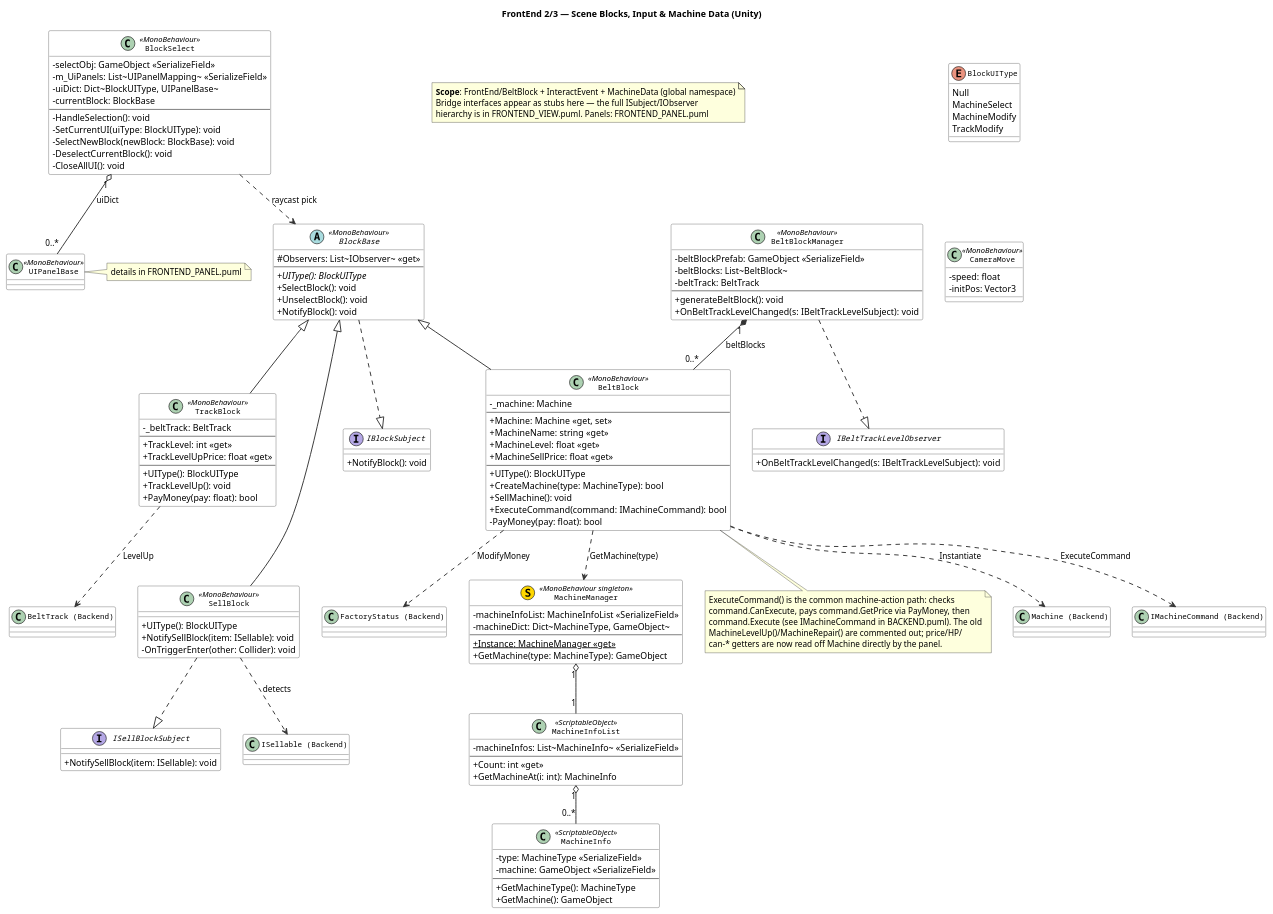
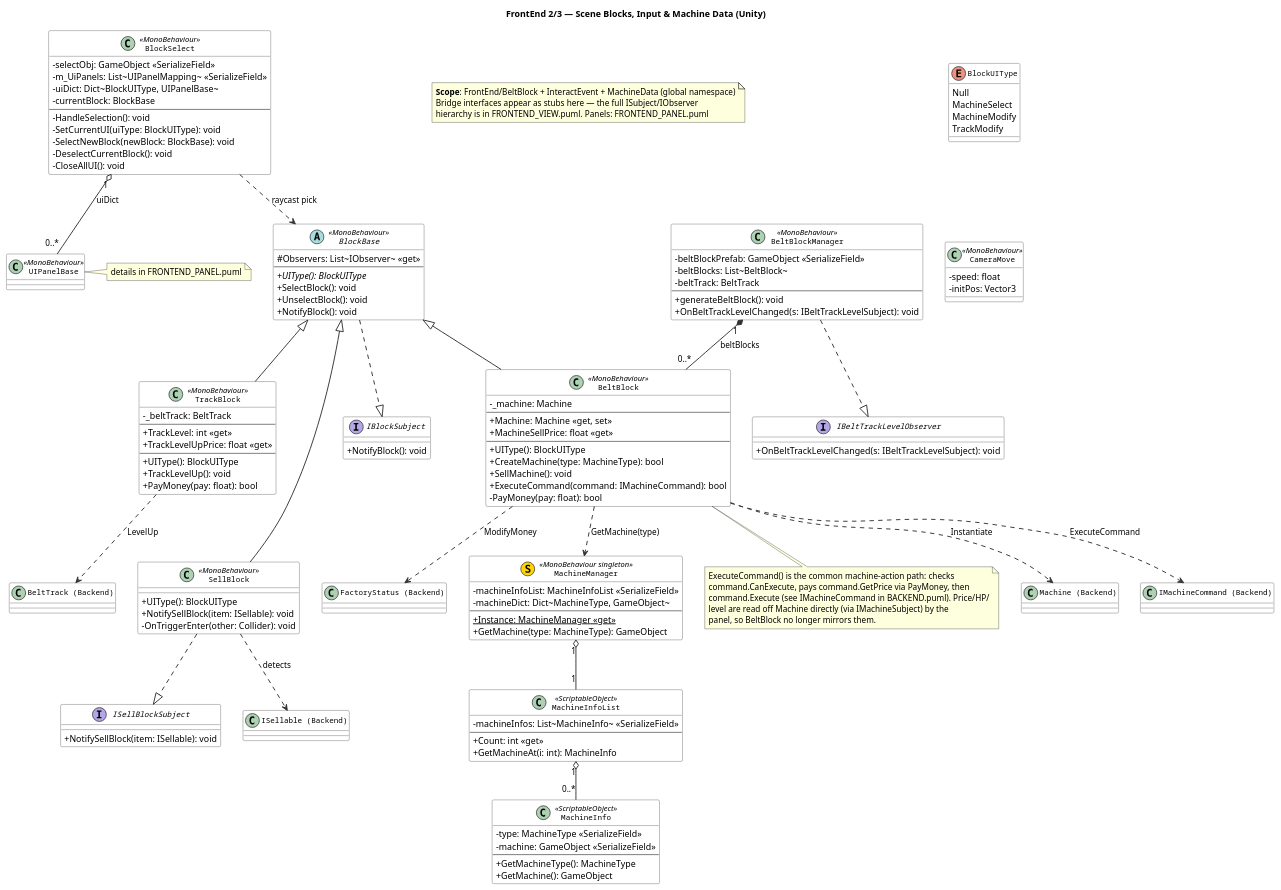
One commit to dotori235/OOPS-Project changed the diagram in Assets/Scripts/FRONTEND_BLOCK.puml. Above: the diagram before and after it, drawn with PlantUML. The commit also changed 6 other files, not shown here.

```diff
--- a/Assets/Scripts/FRONTEND_BLOCK.puml
+++ b/Assets/Scripts/FRONTEND_BLOCK.puml
@@ -1,184 +1,182 @@
 @startuml FRONTEND_BLOCK
 
 skinparam classAttributeIconSize 0
 skinparam classFontName Courier
 skinparam classFontSize 12
 skinparam classHeaderBackgroundColor #D8E8F0
 skinparam classBorderColor #333333
 skinparam classBackgroundColor #FFFFFF
 skinparam interfaceBackgroundColor #E8F4E8
 skinparam interfaceBorderColor #336633
 skinparam arrowColor #333333
 skinparam arrowThickness 1.5
 
 title FrontEnd 2/3 — Scene Blocks, Input & Machine Data (Unity)
 
 note as N1
   <b>Scope</b>: FrontEnd/BeltBlock + InteractEvent + MachineData (global namespace)
   Bridge interfaces appear as stubs here — the full ISubject/IObserver
   hierarchy is in FRONTEND_VIEW.puml. Panels: FRONTEND_PANEL.puml
 end note
 
 ' ══════════════════════════════════════════════
 ' Bridge interface stubs (full hierarchy: FRONTEND_VIEW.puml)
 ' ══════════════════════════════════════════════
 
 interface IBlockSubject {
   +NotifyBlock(): void
 }
 interface ISellBlockSubject {
   +NotifySellBlock(item: ISellable): void
 }
 interface IBeltTrackLevelObserver {
   +OnBeltTrackLevelChanged(s: IBeltTrackLevelSubject): void
 }
 
 ' ══════════════════════════════════════════════
 ' BLOCK system (selectable blocks in the scene)
 ' ══════════════════════════════════════════════
 
 abstract class BlockBase << MonoBehaviour >> {
   #Observers: List~IObserver~ <<get>>
   --
   +{abstract} UIType(): BlockUIType
   +SelectBlock(): void
   +UnselectBlock(): void
   +NotifyBlock(): void
 }
 
 class BeltBlock << MonoBehaviour >> {
   -_machine: Machine
   --
   +Machine: Machine <<get, set>>
-  +MachineName: string <<get>>
-  +MachineLevel: float <<get>>
   +MachineSellPrice: float <<get>>
   --
   +UIType(): BlockUIType
   +CreateMachine(type: MachineType): bool
   +SellMachine(): void
   +ExecuteCommand(command: IMachineCommand): bool
   -PayMoney(pay: float): bool
 }
 
 note bottom of BeltBlock
   ExecuteCommand() is the common machine-action path: checks
   command.CanExecute, pays command.GetPrice via PayMoney, then
-  command.Execute (see IMachineCommand in BACKEND.puml). The old
-  MachineLevelUp()/MachineRepair() are commented out; price/HP/
-  can-* getters are now read off Machine directly by the panel.
+  command.Execute (see IMachineCommand in BACKEND.puml). Price/HP/
+  level are read off Machine directly (via IMachineSubject) by the
+  panel, so BeltBlock no longer mirrors them.
 end note
 
 class TrackBlock << MonoBehaviour >> {
   -_beltTrack: BeltTrack
   --
   +TrackLevel: int <<get>>
   +TrackLevelUpPrice: float <<get>>
   --
   +UIType(): BlockUIType
   +TrackLevelUp(): void
   +PayMoney(pay: float): bool
 }
 
 class SellBlock << MonoBehaviour >> {
   +UIType(): BlockUIType
   +NotifySellBlock(item: ISellable): void
   -OnTriggerEnter(other: Collider): void
 }
 
 class BeltBlockManager << MonoBehaviour >> {
   -beltBlockPrefab: GameObject <<SerializeField>>
   -beltBlocks: List~BeltBlock~
   -beltTrack: BeltTrack
   --
   +generateBeltBlock(): void
   +OnBeltTrackLevelChanged(s: IBeltTrackLevelSubject): void
 }
 
 BlockBase ..|> IBlockSubject
 BlockBase <|-- BeltBlock
 BlockBase <|-- TrackBlock
 BlockBase <|-- SellBlock
 SellBlock ..|> ISellBlockSubject
 BeltBlockManager ..|> IBeltTrackLevelObserver
 BeltBlockManager "1" *-- "0..*" BeltBlock : beltBlocks
 BeltBlock ..> "Machine (Backend)" : Instantiate
 BeltBlock ..> "IMachineCommand (Backend)" : ExecuteCommand
 BeltBlock ..> "FactoryStatus (Backend)" : ModifyMoney
 TrackBlock ..> "BeltTrack (Backend)" : LevelUp
 SellBlock ..> "ISellable (Backend)" : detects
 
 ' stack siblings to limit width
 TrackBlock -[hidden]- SellBlock
 
 ' ══════════════════════════════════════════════
 ' Input / selection (InteractEvent)
 ' ══════════════════════════════════════════════
 
 enum BlockUIType {
   Null
   MachineSelect
   MachineModify
   TrackModify
 }
 
 class BlockSelect << MonoBehaviour >> {
   -selectObj: GameObject <<SerializeField>>
   -m_UiPanels: List~UIPanelMapping~ <<SerializeField>>
   -uiDict: Dict~BlockUIType, UIPanelBase~
   -currentBlock: BlockBase
   --
   -HandleSelection(): void
   -SetCurrentUI(uiType: BlockUIType): void
   -SelectNewBlock(newBlock: BlockBase): void
   -DeselectCurrentBlock(): void
   -CloseAllUI(): void
 }
 
 class CameraMove << MonoBehaviour >> {
   -speed: float
   -initPos: Vector3
 }
 
 class UIPanelBase << MonoBehaviour >>
 note right of UIPanelBase : details in FRONTEND_PANEL.puml
 
 BlockSelect ..> BlockBase : raycast pick
 BlockSelect "1" o-- "0..*" UIPanelBase : uiDict
 
 ' ══════════════════════════════════════════════
 ' MACHINE DATA (ScriptableObject)
 ' ══════════════════════════════════════════════
 
 class MachineManager << (S,#FFD700) MonoBehaviour singleton >> {
   -machineInfoList: MachineInfoList <<SerializeField>>
   -machineDict: Dict~MachineType, GameObject~
   --
   +Instance: MachineManager <<get>> {static}
   +GetMachine(type: MachineType): GameObject
 }
 
 class MachineInfoList << ScriptableObject >> {
   -machineInfos: List~MachineInfo~ <<SerializeField>>
   --
   +Count: int <<get>>
   +GetMachineAt(i: int): MachineInfo
 }
 
 class MachineInfo << ScriptableObject >> {
   -type: MachineType <<SerializeField>>
   -machine: GameObject <<SerializeField>>
   --
   +GetMachineType(): MachineType
   +GetMachine(): GameObject
 }
 
 MachineManager "1" o-- "1" MachineInfoList
 MachineInfoList "1" o-- "0..*" MachineInfo
 BeltBlock ..> MachineManager : GetMachine(type)
 
 ' anchor otherwise-disconnected nodes below the graph
 ' instead of letting them widen the layout sideways
 BlockUIType -[hidden]- CameraMove
 
 @enduml
```
